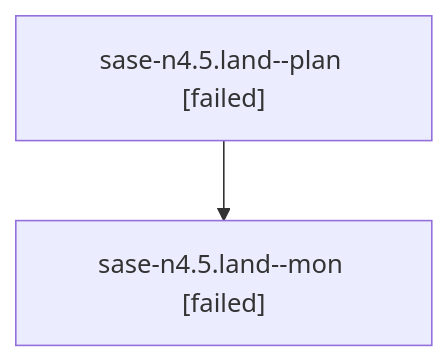
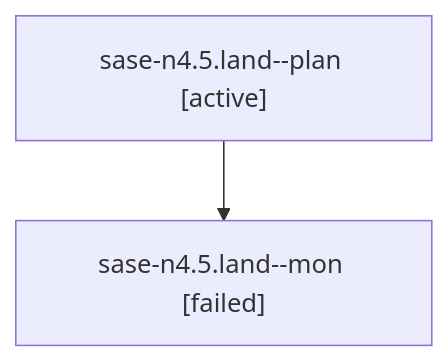
One commit to sase-org/sase--agents changed the diagram in families/bbugyi200.athena.sase-n4.5.land.md. Above: the diagram before and after it, drawn with Mermaid. The commit also changed other lines of this file and 35830 other files, not shown here.

````diff
--- a/families/bbugyi200.athena.sase-n4.5.land.md
+++ b/families/bbugyi200.athena.sase-n4.5.land.md
@@ -9,6 +9,6 @@
 ```mermaid
 flowchart TD
-  n0["sase-n4.5.land--plan [failed]"]
+  n0["sase-n4.5.land--plan [active]"]
   n1["sase-n4.5.land--mon [failed]"]
   n0 --> n1
 ```
````
